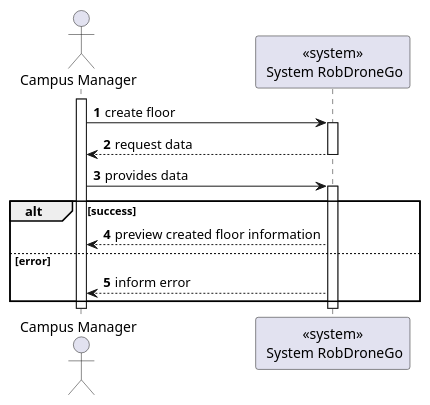
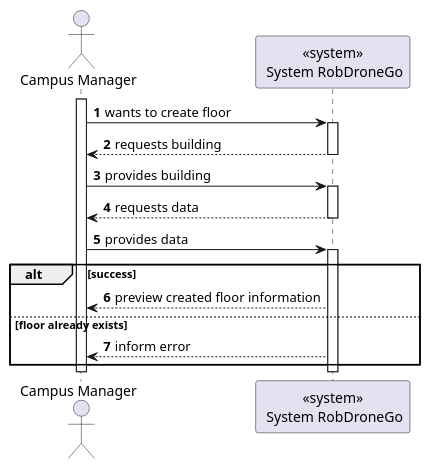
One commit to Departamento-de-Engenharia-Informatica/lapr5-23-24-g19 changed the diagram in docs/us1090/level1/process-view.puml. Above: the diagram before and after it, drawn with PlantUML. The commit also changed 5 other files, not shown here.

```diff
--- a/docs/us1090/level1/process-view.puml
+++ b/docs/us1090/level1/process-view.puml
@@ -1,24 +1,29 @@
 @startuml
 autonumber
 
 actor "Campus Manager" as usr
 
 participant "<<system>>\n System RobDroneGo" as sys
 
 activate usr
-    usr -> sys : create floor
+    usr -> sys : wants to create floor
     activate sys
-        sys --> usr : request data
+        sys --> usr : requests building
+    deactivate sys
+
+    usr -> sys : provides building
+    activate sys
+        sys --> usr : requests data
     deactivate sys
 
     usr -> sys : provides data
     activate sys
         alt success
             sys --> usr : preview created floor information
-        else error
+        else floor already exists
             sys --> usr : inform error
         end
     deactivate sys
 deactivate usr
 
 @enduml
```
